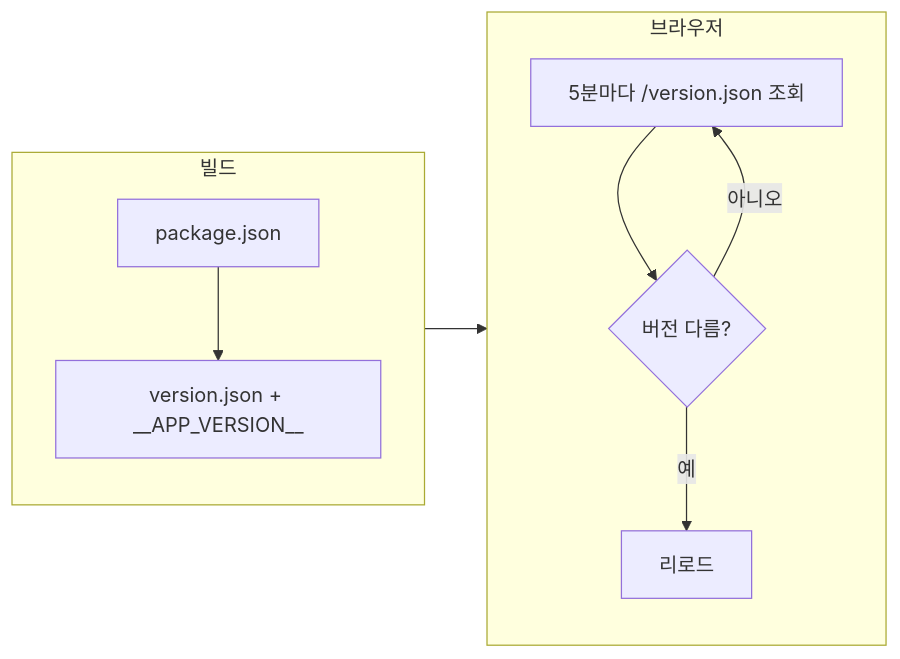
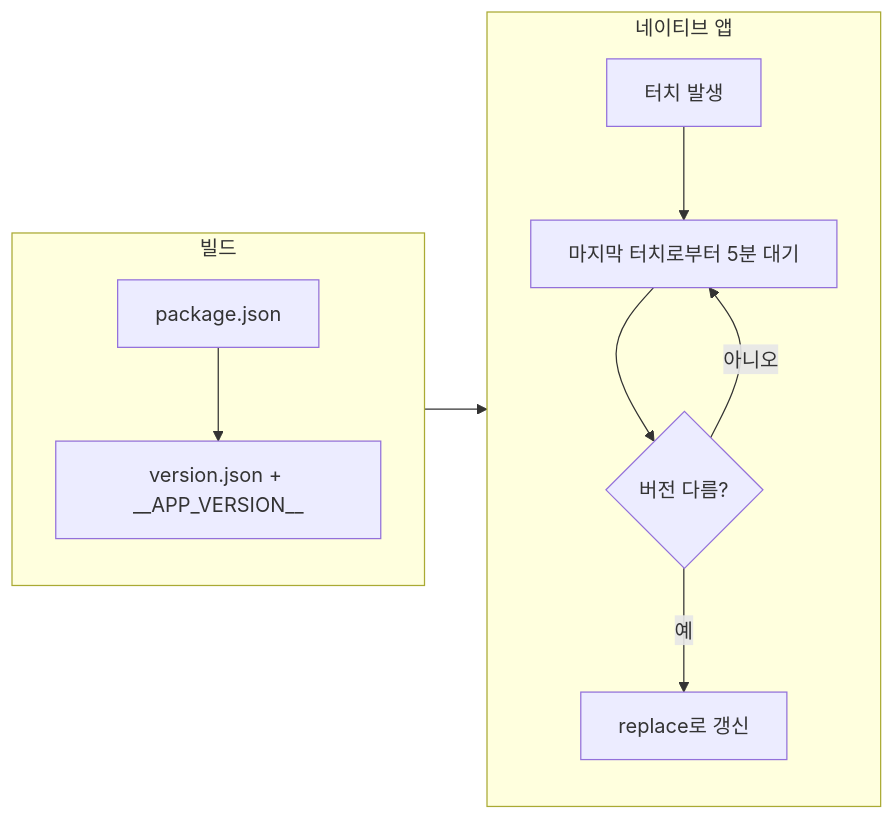
One commit to leee1846/table_order changed the diagram in apps/admin/docs/version-check.md. Above: the diagram before and after it, drawn with Mermaid. The commit also changed other lines of this file and 8 other files, not shown here.

````diff
--- a/apps/admin/docs/version-check.md
+++ b/apps/admin/docs/version-check.md
@@ -13,14 +14,15 @@
 ```mermaid
 flowchart LR
   subgraph Build["빌드"]
     A[package.json] --> B[version.json + __APP_VERSION__]
   end
 
-  subgraph Runtime["브라우저"]
-    C[5분마다 /version.json 조회] --> D{버전 다름?}
+  subgraph Runtime["네이티브 앱"]
+    C[마지막 터치로부터 5분 대기] --> D{버전 다름?}
     D -->|아니오| C
-    D -->|예| E[리로드]
+    D -->|예| E[replace로 갱신]
+    T[터치 발생] --> C
   end
 
   Build --> Runtime
 ```
````
